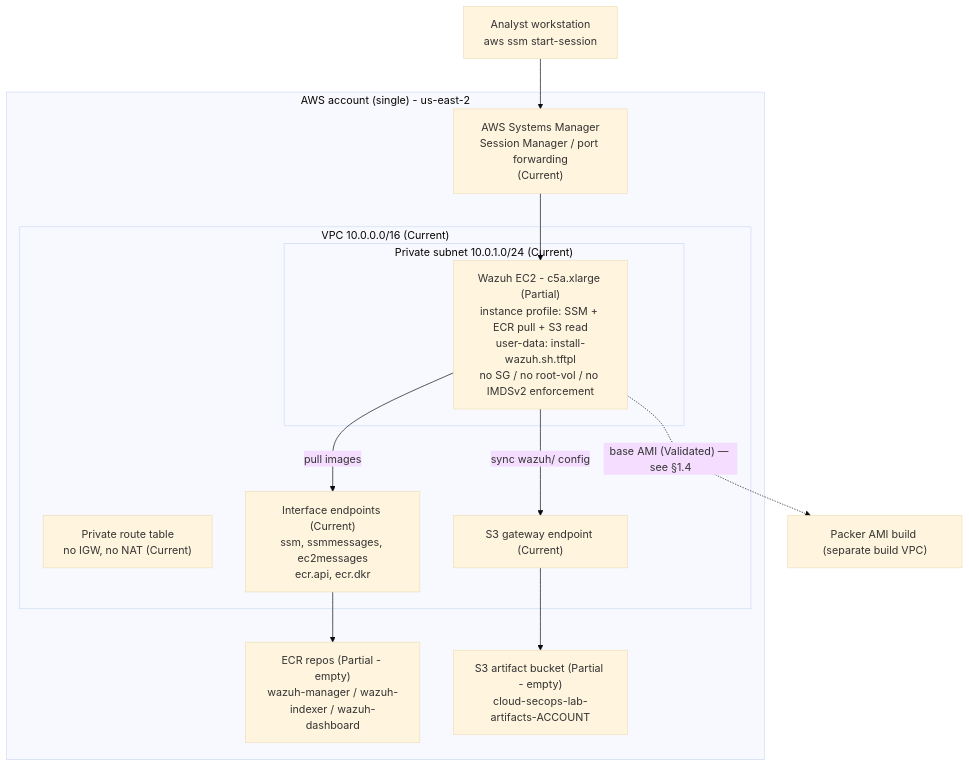
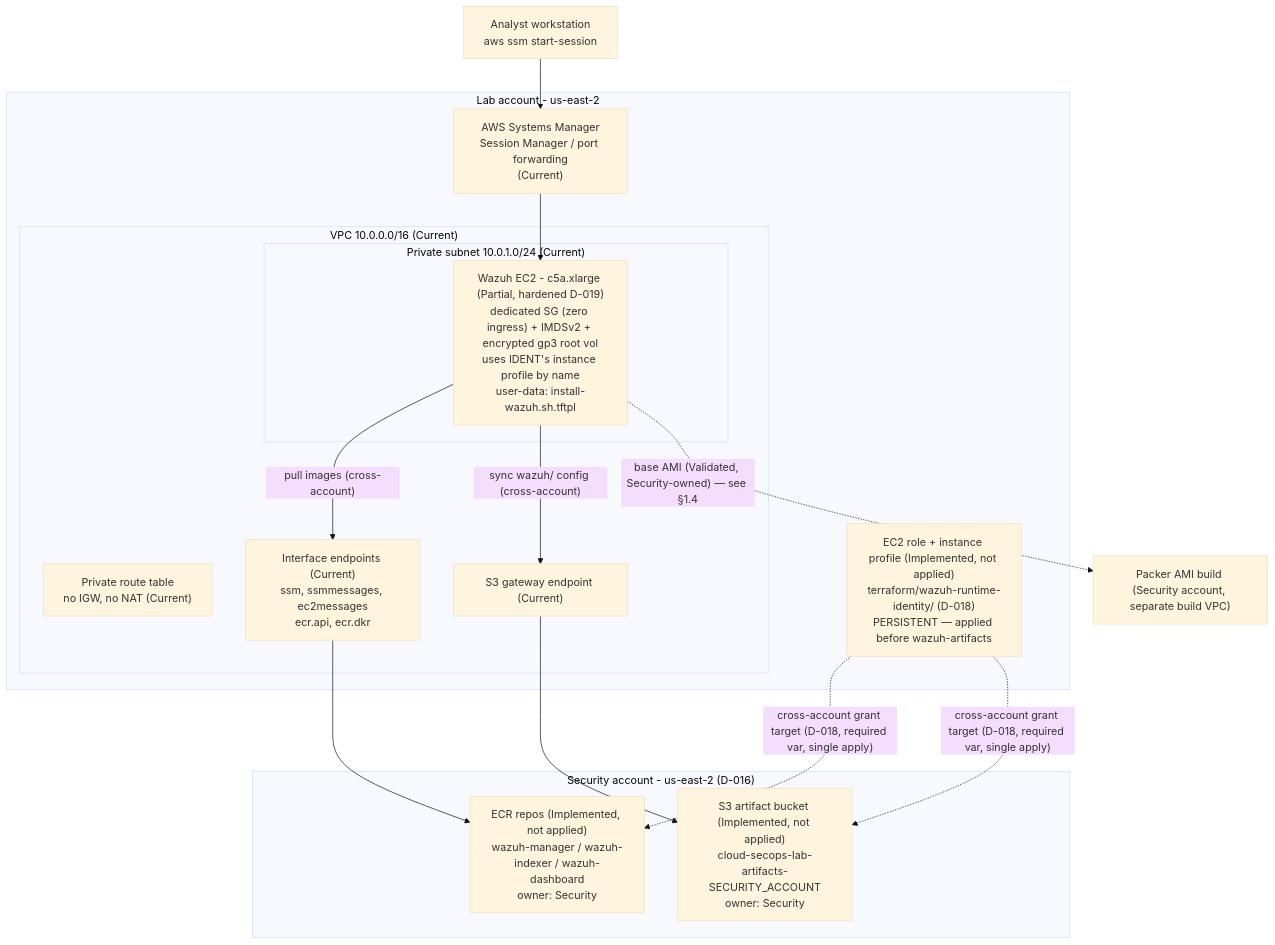
One commit to ERC-320-61/cloud-secops-lab changed the first of 6 diagrams in docs/ARCHITECTURE.md. Above: the diagram before and after it, drawn with Mermaid (base theme). The commit also changed other lines of this file and 27 other files, not shown here.

Commit message:
refactor: separate persistent Wazuh identity and artifacts

````diff
--- a/docs/ARCHITECTURE.md
+++ b/docs/ARCHITECTURE.md
@@ -78,26 +84,31 @@
 ```mermaid
 flowchart TB
     Analyst["Analyst workstation<br/>aws ssm start-session"]
 
-    subgraph ACC["AWS account (single) - us-east-2"]
+    subgraph LABACC["Lab account - us-east-2"]
         SSM["AWS Systems Manager<br/>Session Manager / port forwarding<br/>(Current)"]
+        IDENT["EC2 role + instance profile (Implemented, not applied)<br/>terraform/wazuh-runtime-identity/ (D-018)<br/>PERSISTENT — applied before wazuh-artifacts"]
 
         subgraph VPC["VPC 10.0.0.0/16 (Current)"]
             RT["Private route table<br/>no IGW, no NAT (Current)"]
             S3E["S3 gateway endpoint (Current)"]
             IE["Interface endpoints (Current)<br/>ssm, ssmmessages, ec2messages<br/>ecr.api, ecr.dkr"]
 
             subgraph SUB["Private subnet 10.0.1.0/24 (Current)"]
-                EC2["Wazuh EC2 - c5a.xlarge (Partial)<br/>instance profile: SSM + ECR pull + S3 read<br/>user-data: install-wazuh.sh.tftpl<br/>no SG / no root-vol / no IMDSv2 enforcement"]
+                EC2["Wazuh EC2 - c5a.xlarge (Partial, hardened D-019)<br/>dedicated SG (zero ingress) + IMDSv2 + encrypted gp3 root vol<br/>uses IDENT's instance profile by name<br/>user-data: install-wazuh.sh.tftpl"]
             end
         end
+    end
 
-        ECR["ECR repos (Partial - empty)<br/>wazuh-manager / wazuh-indexer / wazuh-dashboard"]
-        S3B["S3 artifact bucket (Partial - empty)<br/>cloud-secops-lab-artifacts-ACCOUNT"]
+    subgraph SECACC["Security account - us-east-2 (D-016)"]
+        ECR["ECR repos (Implemented, not applied)<br/>wazuh-manager / wazuh-indexer / wazuh-dashboard<br/>owner: Security"]
+        S3B["S3 artifact bucket (Implemented, not applied)<br/>cloud-secops-lab-artifacts-SECURITY_ACCOUNT<br/>owner: Security"]
     end
 
     Analyst --> SSM --> EC2
-    EC2 -->|"pull images"| IE --> ECR
-    EC2 -->|"sync wazuh/ config"| S3E --> S3B
-    EC2 -. "base AMI (Validated) — see §1.4" .-> PACKER["Packer AMI build (separate build VPC)"]
+    IDENT -.->|"cross-account grant target (D-018, required var, single apply)"| ECR
+    IDENT -.->|"cross-account grant target (D-018, required var, single apply)"| S3B
+    EC2 -->|"pull images (cross-account)"| IE --> ECR
+    EC2 -->|"sync wazuh/ config (cross-account)"| S3E --> S3B
+    EC2 -. "base AMI (Validated, Security-owned) — see §1.4" .-> PACKER["Packer AMI build (Security account, separate build VPC)"]
 ```
````
